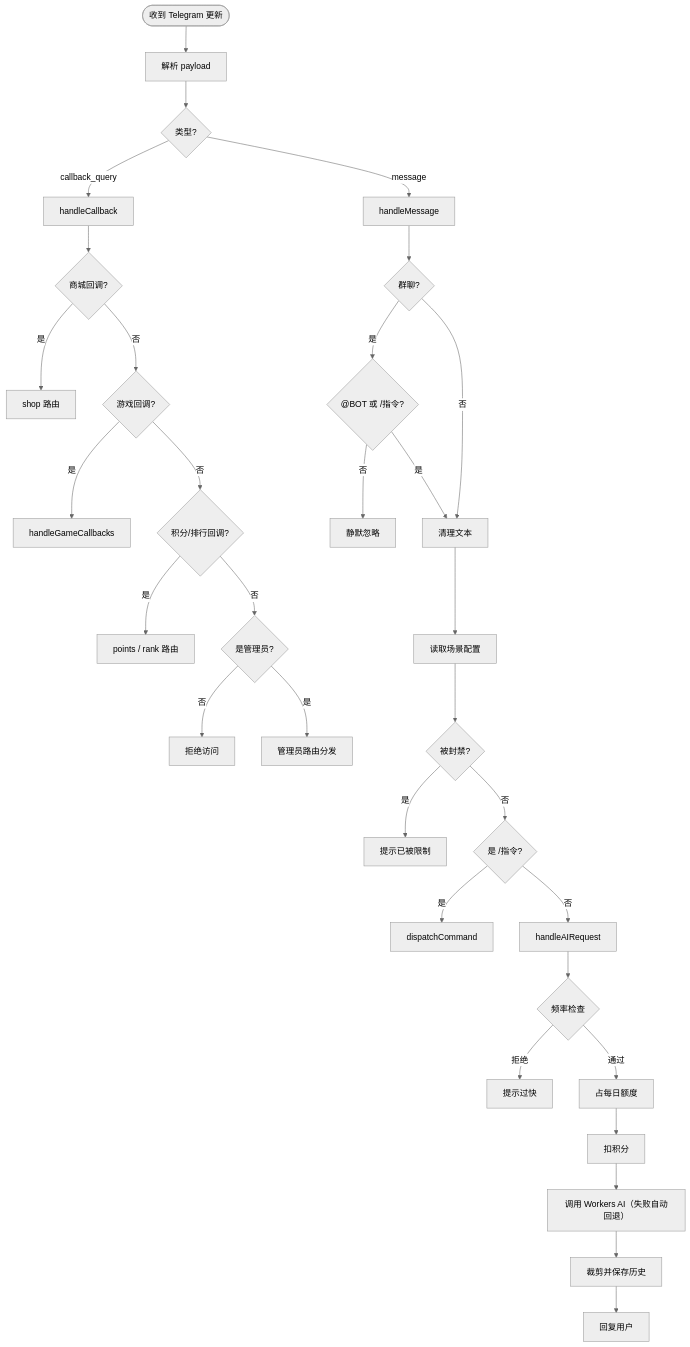
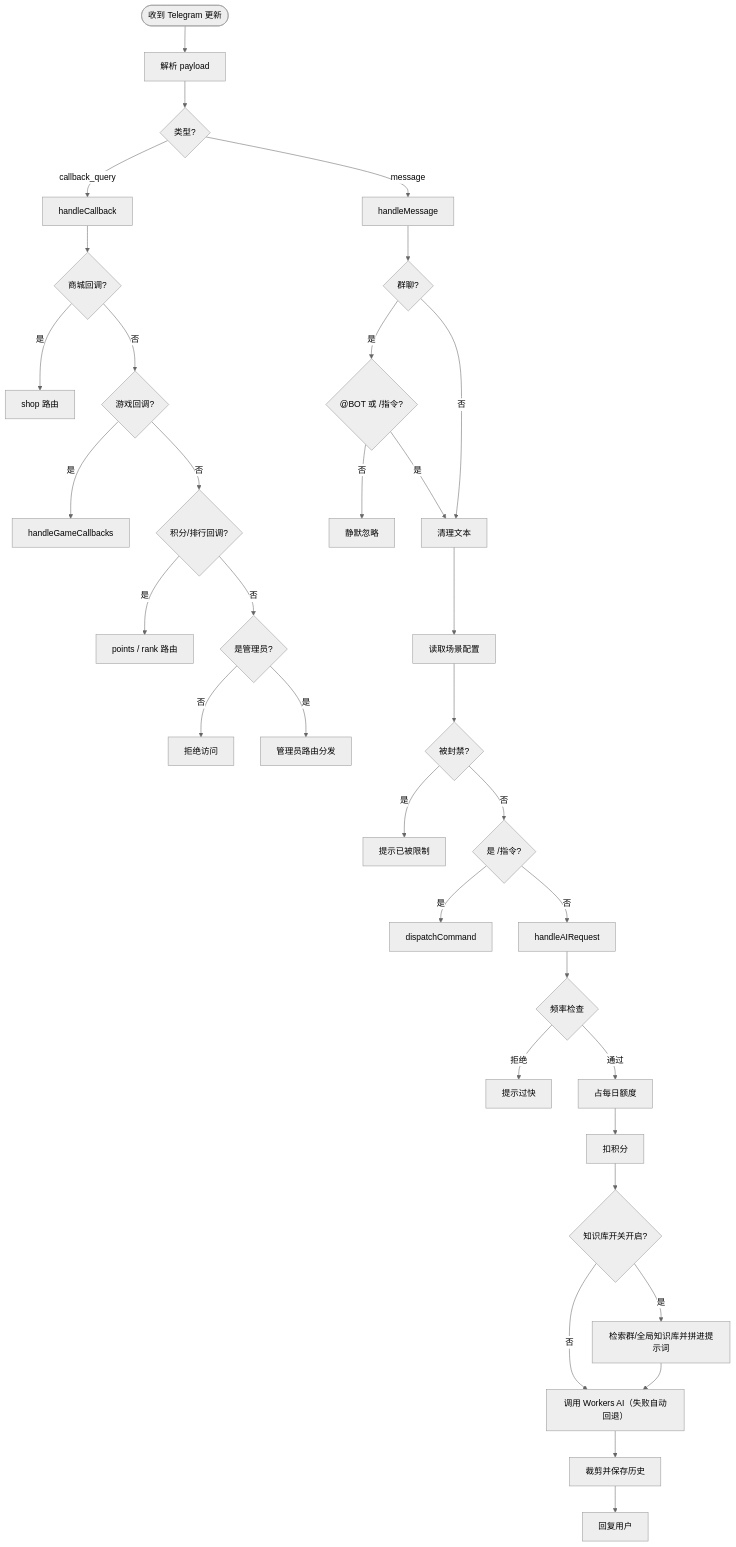
The third of 7 diagrams in README.md (ZooolpMoon/tgbot), drawn with Mermaid (neutral theme) before and after one commit. The commit also changed other lines of this file and 26 other files, not shown here.

````diff
--- a/README.md
+++ b/README.md
@@ -507,40 +520,43 @@
 ```mermaid
 flowchart TD
     Start([收到 Telegram 更新]) --> Parse[解析 payload]
     Parse --> Type{类型?}
 
     Type -->|callback_query| CB[handleCallback]
     Type -->|message| MSG[handleMessage]
 
     CB --> CBShop{商城回调?}
     CBShop -->|是| ShopRoute[shop 路由]
     CBShop -->|否| CBGame{游戏回调?}
     CBGame -->|是| GameDispatch[handleGameCallbacks]
     CBGame -->|否| CBPoints{积分/排行回调?}
     CBPoints -->|是| PointsRoute[points / rank 路由]
     CBPoints -->|否| CBAdmin{是管理员?}
     CBAdmin -->|否| CBReject[拒绝访问]
     CBAdmin -->|是| CBAdminRoute[管理员路由分发]
 
     MSG --> GroupCheck{群聊?}
     GroupCheck -->|是| MentionCheck{"@BOT 或 /指令?"}
     MentionCheck -->|否| Silent[静默忽略]
     MentionCheck -->|是| CleanText[清理文本]
     GroupCheck -->|否| CleanText
 
     CleanText --> LoadCfg[读取场景配置]
     LoadCfg --> Blocked{被封禁?}
     Blocked -->|是| BlockMsg[提示已被限制]
     Blocked -->|否| CmdCheck{是 /指令?}
 
     CmdCheck -->|是| CmdDispatch[dispatchCommand]
     CmdCheck -->|否| AIRoute[handleAIRequest]
 
     AIRoute --> RateLimit{频率检查}
     RateLimit -->|拒绝| RateReject[提示过快]
     RateLimit -->|通过| Quota[占每日额度]
     Quota --> Deduct[扣积分]
-    Deduct --> CallAI[调用 Workers AI（失败自动回退）]
+    Deduct --> KBSearch{知识库开关开启?}
+    KBSearch -->|是| Retrieve[检索群/全局知识库并拼进提示词]
+    KBSearch -->|否| CallAI
+    Retrieve --> CallAI[调用 Workers AI（失败自动回退）]
     CallAI --> SaveHistory[裁剪并保存历史]
     SaveHistory --> Reply[回复用户]
 ```
````
